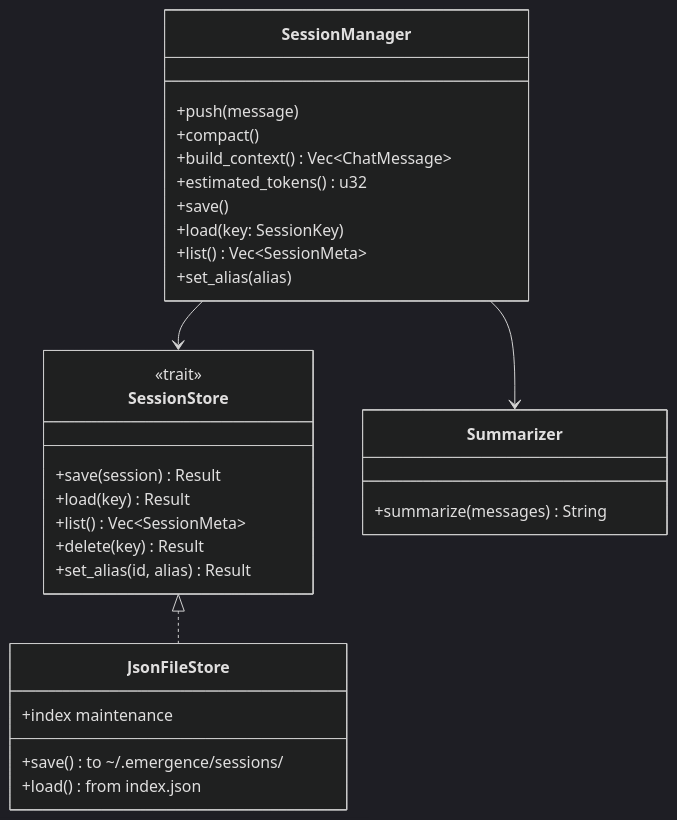
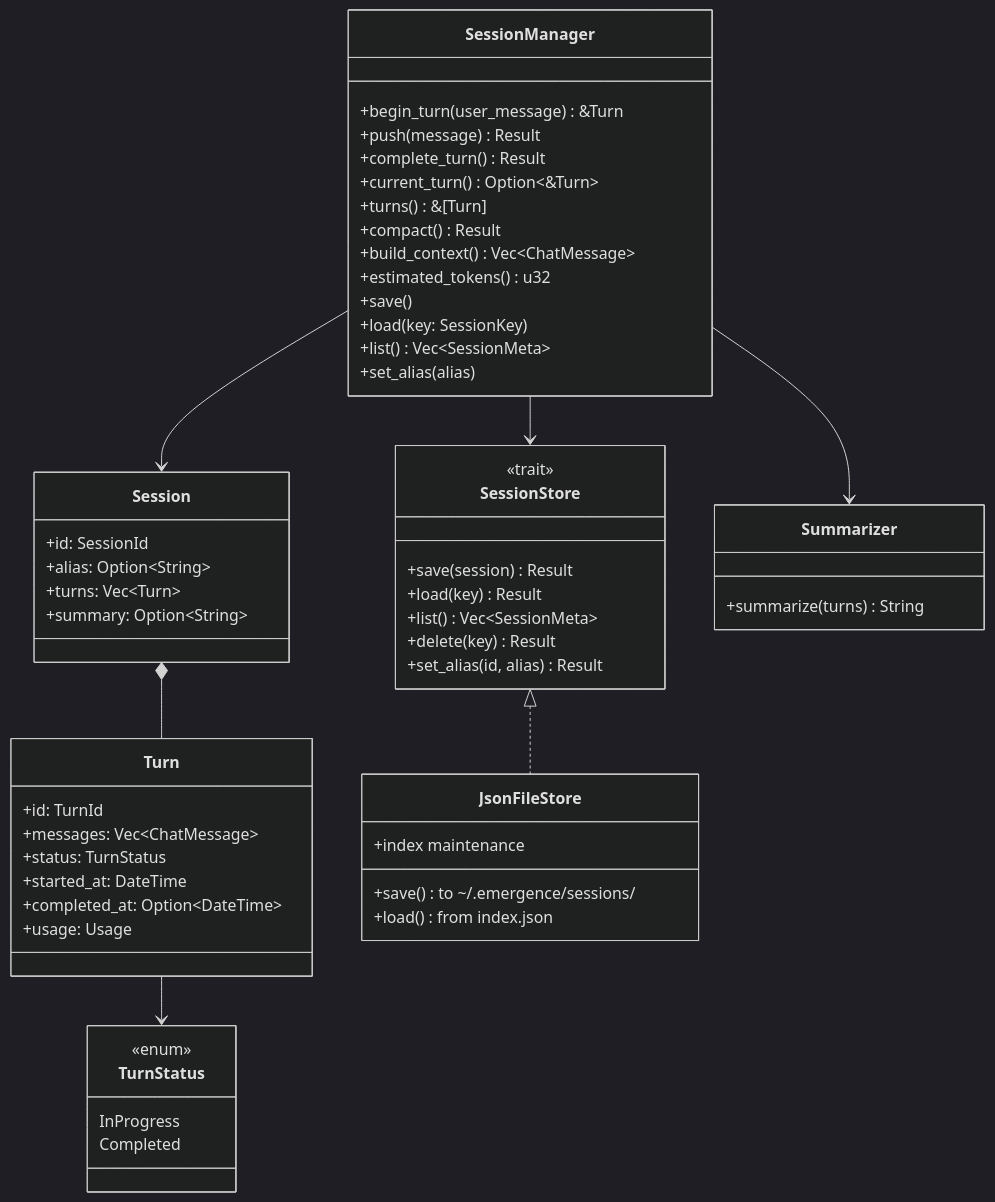
One commit to CheneyYin/emergence changed the eighth of 14 diagrams in docs/superpowers/specs/2026-05-04-emergence-design.md. Above: the diagram before and after it, drawn with Mermaid (dark theme). The commit also changed other lines of this file, not shown here.

Commit message:
design: add Turn abstraction to session management and TUI rendering

````diff
--- a/docs/superpowers/specs/2026-05-04-emergence-design.md
+++ b/docs/superpowers/specs/2026-05-04-emergence-design.md
@@ -431,36 +481,65 @@
 ```mermaid
 classDiagram
+    class Session {
+        +id: SessionId
+        +alias: Option~String~
+        +turns: Vec~Turn~
+        +summary: Option~String~
+    }
+
+    class Turn {
+        +id: TurnId
+        +messages: Vec~ChatMessage~
+        +status: TurnStatus
+        +started_at: DateTime
+        +completed_at: Option~DateTime~
+        +usage: Usage
+    }
+
+    class TurnStatus {
+        <<enum>>
+        InProgress
+        Completed
+    }
+
     class SessionManager {
-        +push(message)
-        +compact()
+        +begin_turn(user_message) &Turn
+        +push(message) Result
+        +complete_turn() Result
+        +current_turn() Option~&Turn~
+        +turns() &[Turn]
+        +compact() Result
         +build_context() Vec~ChatMessage~
         +estimated_tokens() u32
         +save()
         +load(key: SessionKey)
         +list() Vec~SessionMeta~
         +set_alias(alias)
     }
 
     class SessionStore {
         <<trait>>
         +save(session) Result
         +load(key) Result
         +list() Vec~SessionMeta~
         +delete(key) Result
         +set_alias(id, alias) Result
     }
 
     class JsonFileStore {
         +save() to ~/.emergence/sessions/
         +load() from index.json
         +index maintenance
     }
 
     class Summarizer {
-        +summarize(messages) String
+        +summarize(turns) String
     }
 
+    Session *-- Turn
+    Turn --> TurnStatus
+    SessionManager --> Session
     SessionManager --> SessionStore
     SessionStore <|.. JsonFileStore
     SessionManager --> Summarizer
 ```
````
